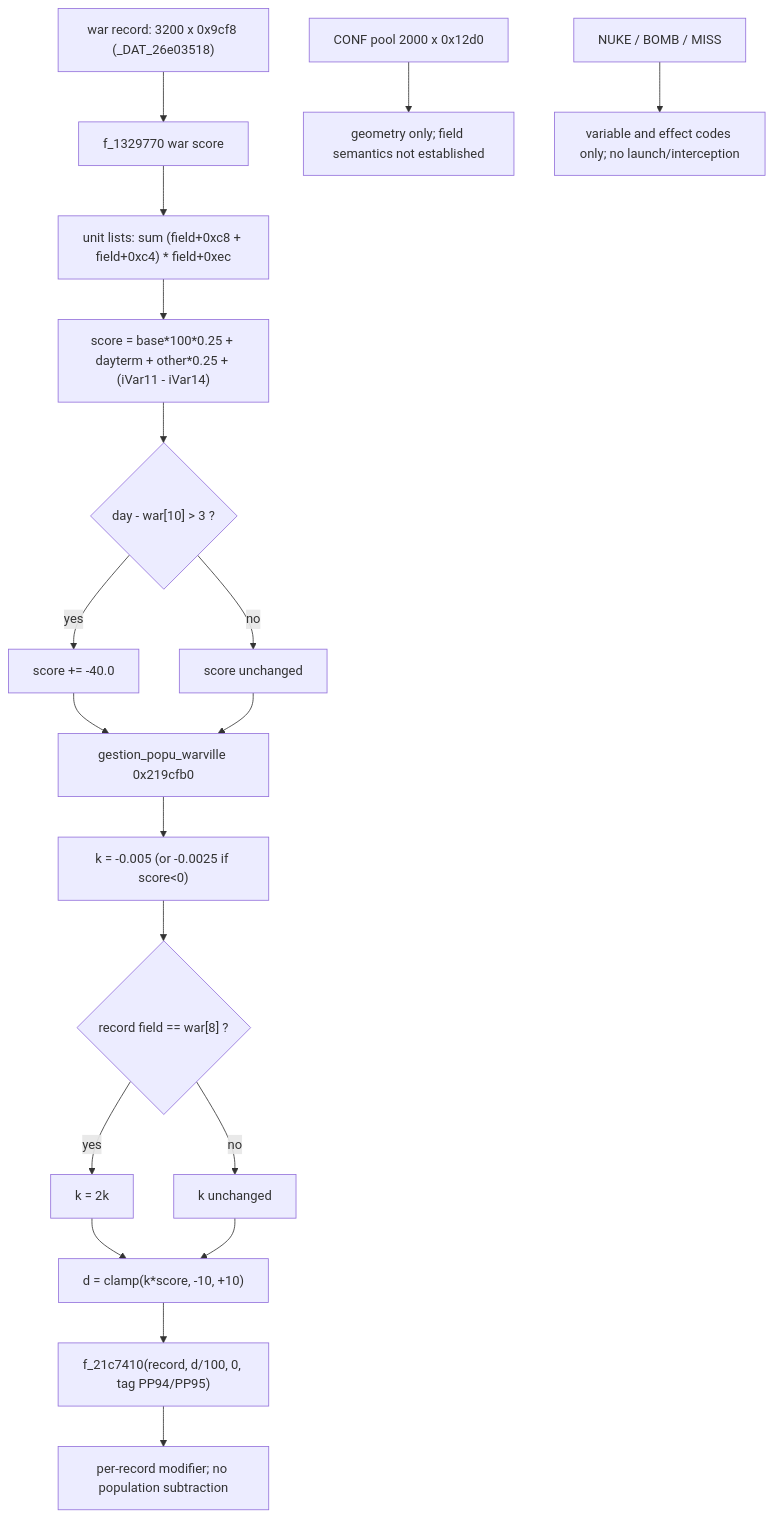
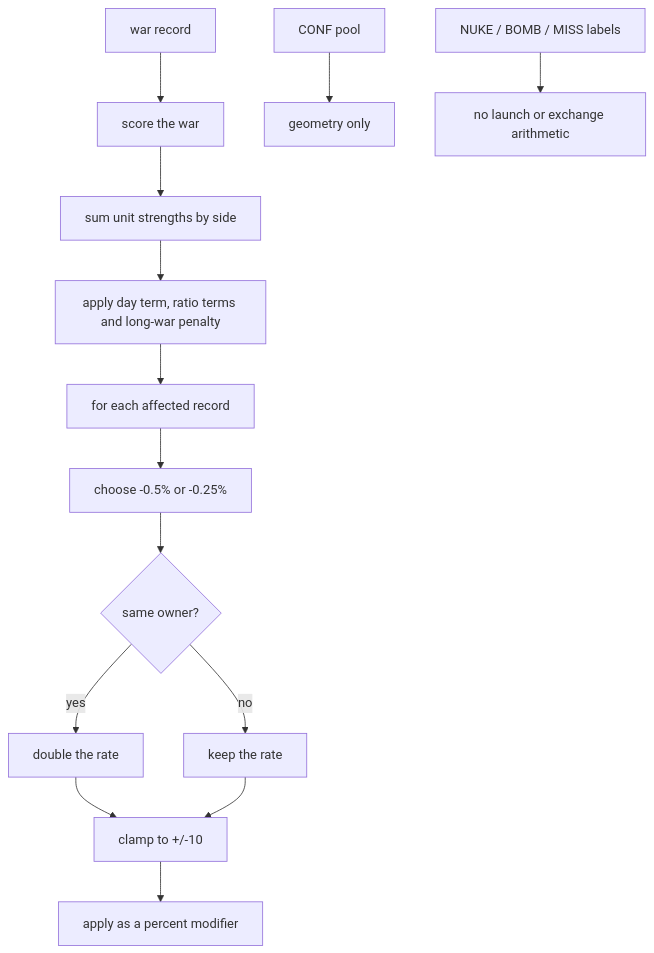
One commit to CthulhuOnIce/GPS-Docs changed the fifth of 5 diagrams in 03_MILITARY.md. Above: the diagram before and after it, drawn with Mermaid. The commit also changed other lines of this file and 5 other files, not shown here.

````diff
--- a/03_MILITARY.md
+++ b/03_MILITARY.md
@@ -552,21 +380,16 @@
 ```mermaid
 flowchart TD
-    A["war record: 3200 x 0x9cf8 (_DAT_26e03518)"] --> B["f_1329770 war score"]
-    B --> C["unit lists: sum (field+0xc8 + field+0xc4) * field+0xec"]
-    C --> D["score = base*100*0.25 + dayterm + other*0.25 + (iVar11 - iVar14)"]
-    D --> E{"day - war[10] > 3 ?"}
-    E -->|yes| F["score += -40.0"]
-    E -->|no| G["score unchanged"]
-    F --> H["gestion_popu_warville 0x219cfb0"]
-    G --> H
-    H --> I["k = -0.005 (or -0.0025 if score<0)"]
-    I --> J{"record field == war[8] ?"}
-    J -->|yes| K["k = 2k"]
-    J -->|no| L["k unchanged"]
-    K --> M["d = clamp(k*score, -10, +10)"]
-    L --> M
-    M --> N["f_21c7410(record, d/100, 0, tag PP94/PP95)"]
-    N --> O["per-record modifier; no population subtraction"]
-    P["CONF pool 2000 x 0x12d0"] --> Q["geometry only; field semantics not established"]
-    R["NUKE / BOMB / MISS"] --> S["variable and effect codes only; no launch/interception"]
+    A["war record"] --> B["score the war"]
+    B --> C["sum unit strengths by side"]
+    C --> D["apply day term, ratio terms and long-war penalty"]
+    D --> E["for each affected record"]
+    E --> F["choose -0.5% or -0.25%"]
+    F --> G{"same owner?"}
+    G -->|yes| H["double the rate"]
+    G -->|no| I["keep the rate"]
+    H --> J["clamp to +/-10"]
+    I --> J
+    J --> K["apply as a percent modifier"]
+    L["CONF pool"] --> M["geometry only"]
+    N["NUKE / BOMB / MISS labels"] --> O["no launch or exchange arithmetic"]
 ```
````
